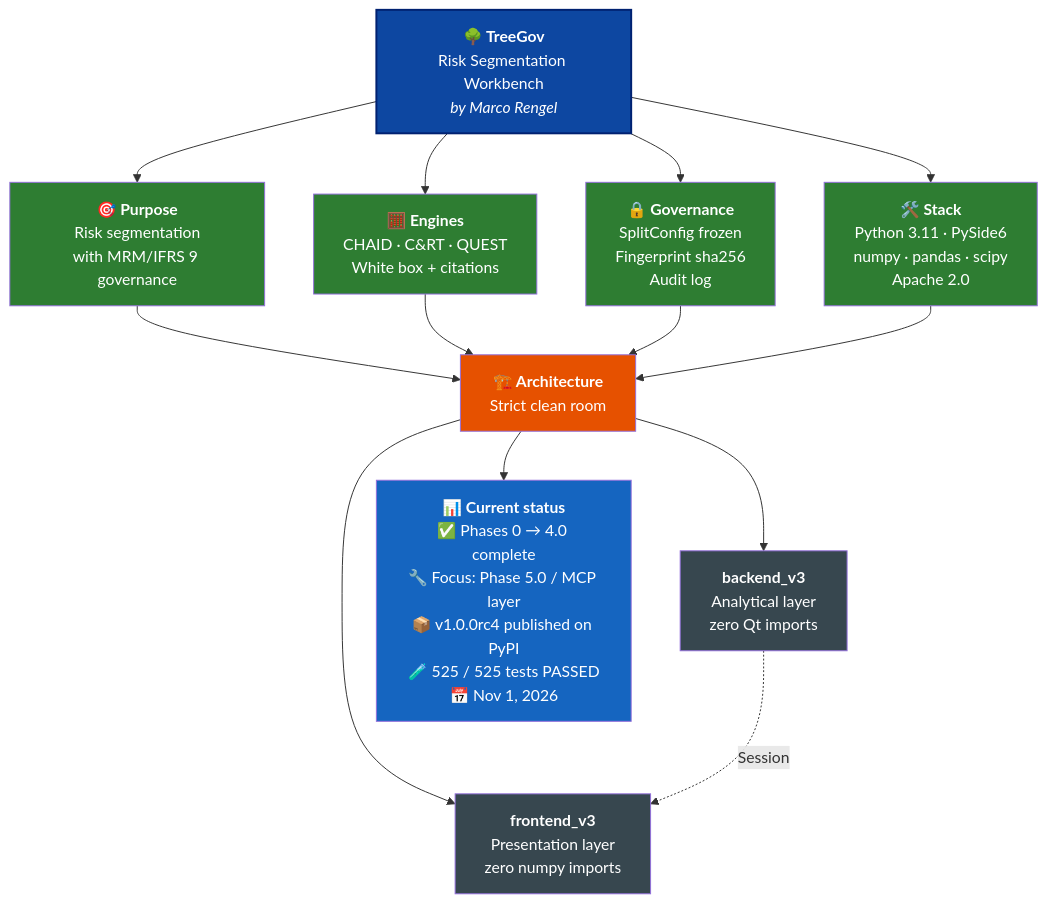
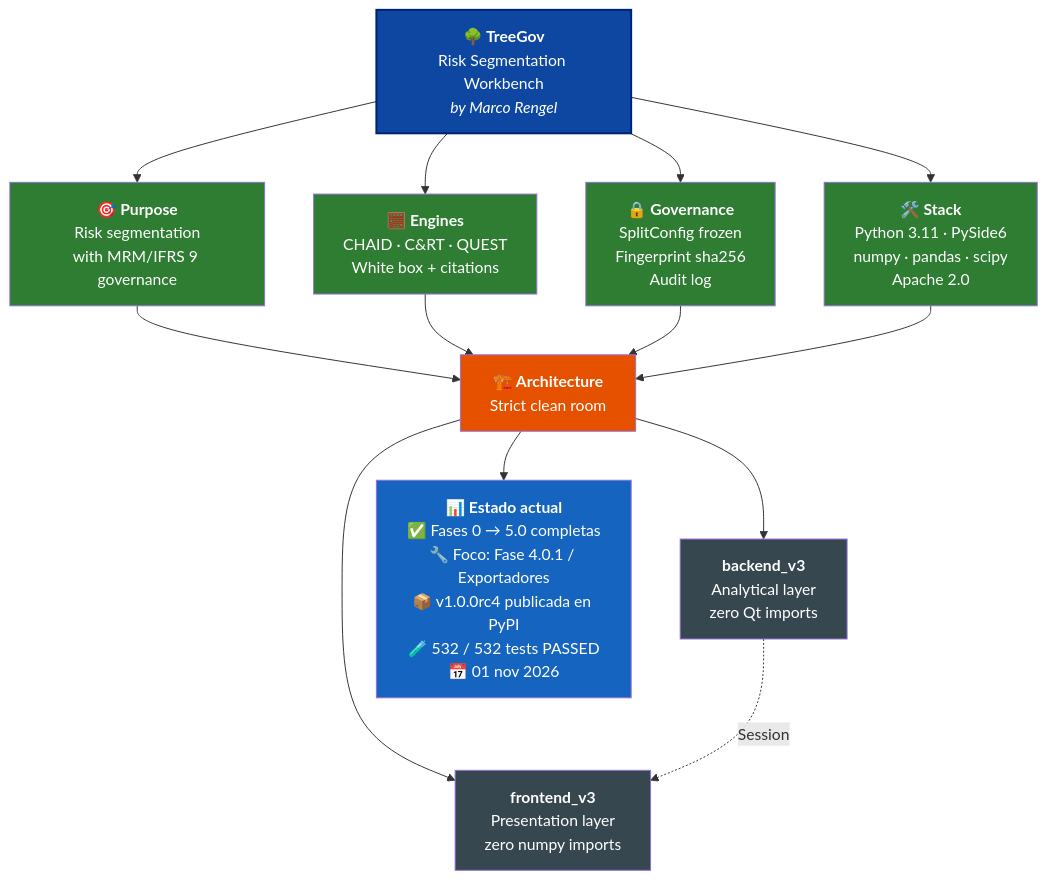
One commit to Marco-Rengel/treegov changed the diagram in README.md. Above: the diagram before and after it, drawn with Mermaid. The commit also changed other lines of this file and 11 other files, not shown here.

````diff
--- a/README.md
+++ b/README.md
@@ -38,31 +38,31 @@
 ```mermaid
 flowchart TB
     TG["<b>🌳 TreeGov</b><br/>Risk Segmentation Workbench<br/><i>by Marco Rengel</i>"]
 
     TG --> P["<b>🎯 Purpose</b><br/>Risk segmentation<br/>with MRM/IFRS 9 governance"]
     TG --> M["<b>🧮 Engines</b><br/>CHAID · C&RT · QUEST<br/>White box + citations"]
     TG --> G["<b>🔒 Governance</b><br/>SplitConfig frozen<br/>Fingerprint sha256<br/>Audit log"]
     TG --> S["<b>🛠️ Stack</b><br/>Python 3.11 · PySide6<br/>numpy · pandas · scipy<br/>Apache 2.0"]
 
     P --> ARQ["<b>🏗️ Architecture</b><br/>Strict clean room"]
     M --> ARQ
     G --> ARQ
     S --> ARQ
 
     ARQ --> BE["<b>backend_v3</b><br/>Analytical layer<br/>zero Qt imports"]
     ARQ --> FE["<b>frontend_v3</b><br/>Presentation layer<br/>zero numpy imports"]
 
     BE -.->|Session| FE
 
-    ARQ --> ST["<b>📊 Current status</b><br/>✅ Phases 0 → 4.0 complete<br/>🔧 Focus: Phase 5.0 / MCP layer<br/>📦 v1.0.0rc4 published on PyPI<br/>🧪 525 / 525 tests PASSED<br/>📅 Nov 1, 2026"]
+    ARQ --> ST["<b>📊 Estado actual</b><br/>✅ Fases 0 → 5.0 completas<br/>🔧 Foco: Fase 4.0.1 / Exportadores<br/>📦 v1.0.0rc4 publicada en PyPI<br/>🧪 532 / 532 tests PASSED<br/>📅 01 nov 2026"]
 
     style TG fill:#0D47A1,color:#fff,stroke:#002171,stroke-width:2px
     style P fill:#2E7D32,color:#fff
     style M fill:#2E7D32,color:#fff
     style G fill:#2E7D32,color:#fff
     style S fill:#2E7D32,color:#fff
     style ARQ fill:#E65100,color:#fff
     style BE fill:#37474F,color:#fff
     style FE fill:#37474F,color:#fff
     style ST fill:#1565C0,color:#fff
 ```
````
